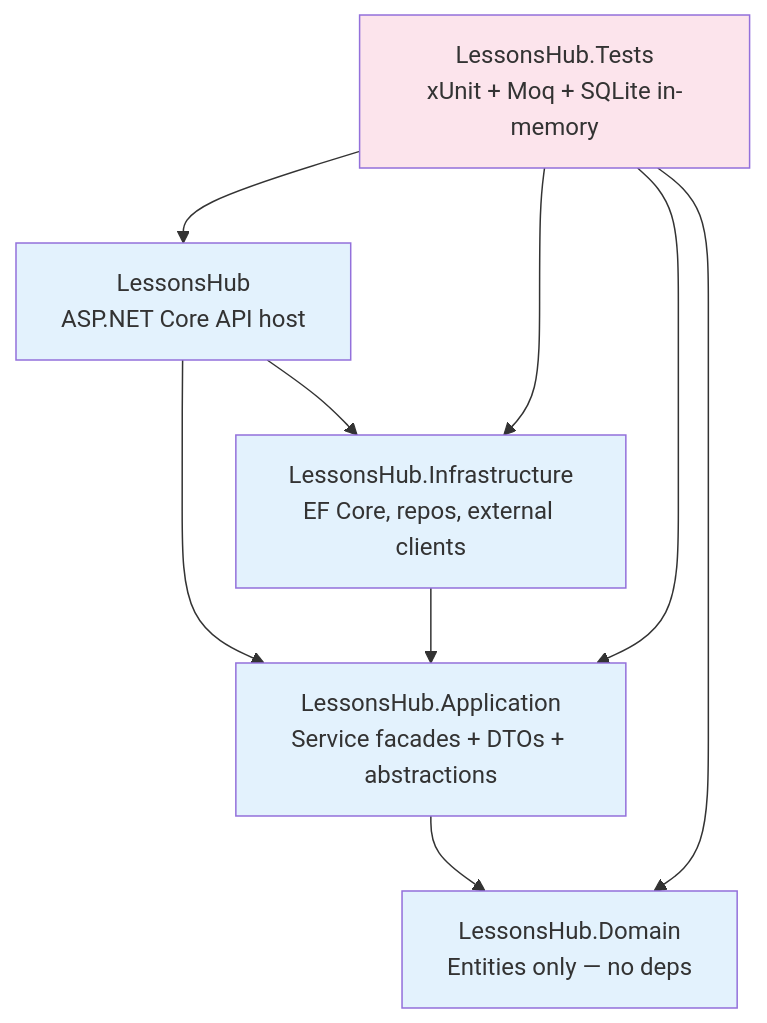
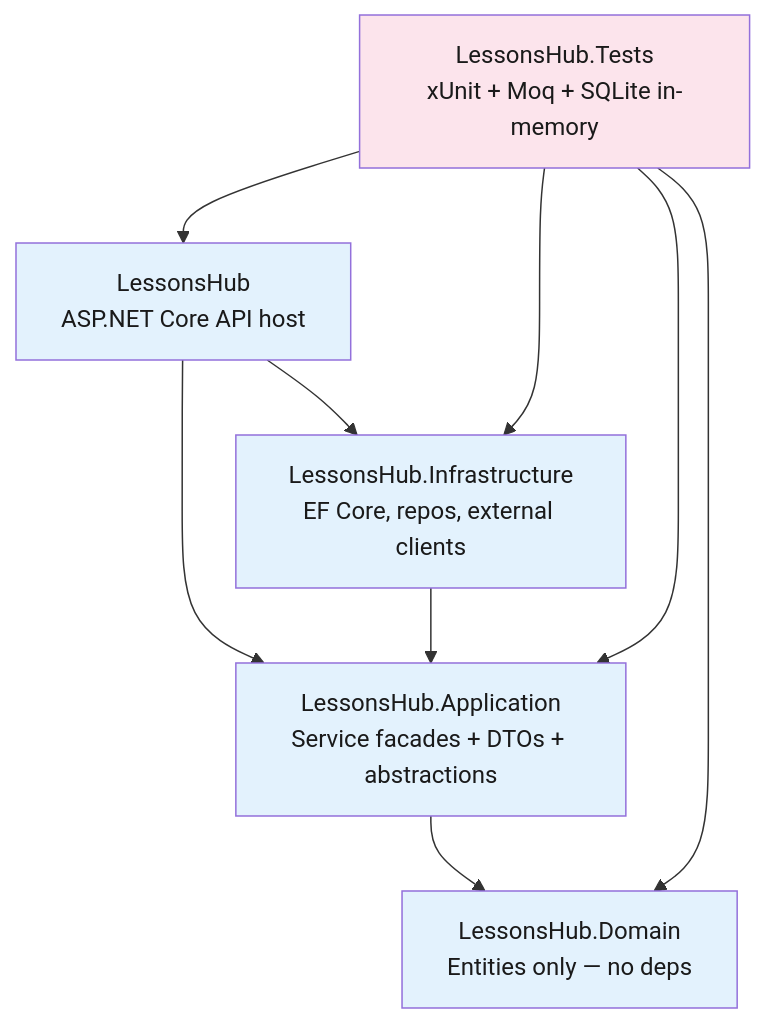
The first of 4 diagrams in diagrams/backend/01-architecture.md (Dockdep/LessonHub), drawn with Mermaid before and after one commit. The commit also changed other lines of this file and 26 other files, not shown here.

````diff
--- a/diagrams/backend/01-architecture.md
+++ b/diagrams/backend/01-architecture.md
@@ -9,20 +9,20 @@
 ```mermaid
 flowchart TD
-  classDef proj fill:#e3f2fd
-  classDef test fill:#fce4ec
+  classDef proj fill:#e3f2fd,color:#1a1a1a
+  classDef test fill:#fce4ec,color:#1a1a1a
 
   api[LessonsHub<br/>ASP.NET Core API host]:::proj
   app[LessonsHub.Application<br/>Service facades + DTOs + abstractions]:::proj
   inf[LessonsHub.Infrastructure<br/>EF Core, repos, external clients]:::proj
   dom[LessonsHub.Domain<br/>Entities only — no deps]:::proj
   tst[LessonsHub.Tests<br/>xUnit + Moq + SQLite in-memory]:::test
 
   api --> app
   api --> inf
   app --> dom
   inf --> app
   tst --> api
   tst --> app
   tst --> inf
   tst --> dom
 ```
````
